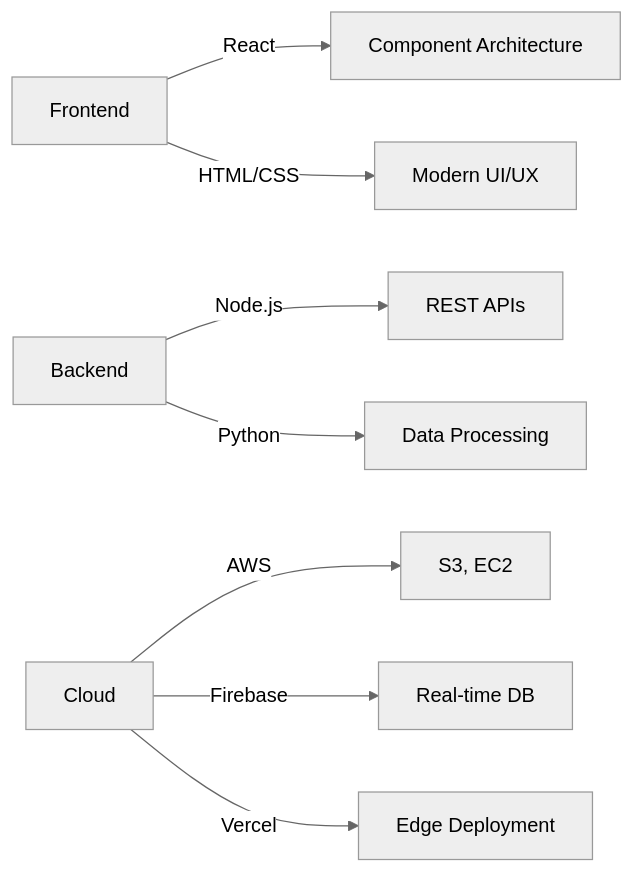
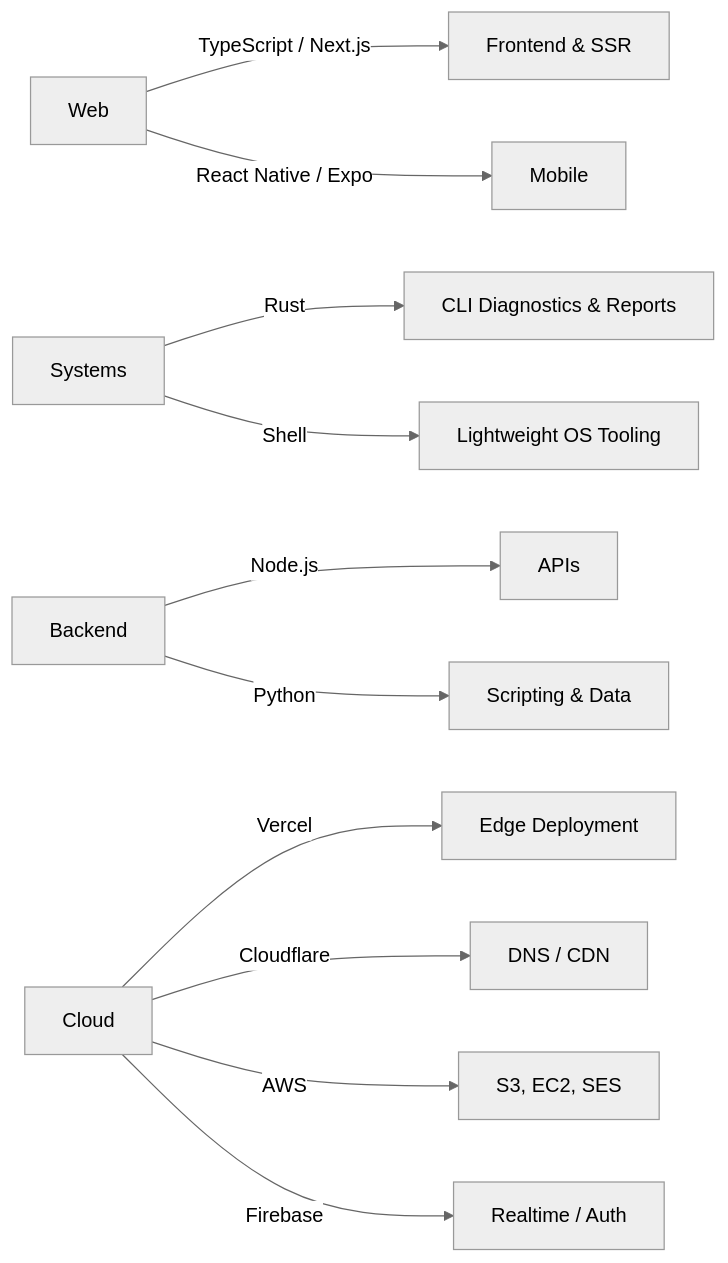
The diagram in README.md (RealEmmettS/RealEmmettS), drawn with Mermaid (neutral theme) before and after one commit. The commit also changed other lines of this file, not shown here.

````diff
--- a/README.md
+++ b/README.md
@@ -65,10 +68,13 @@
 ```mermaid
 graph LR
-    A[Frontend] -->|React| B[Component Architecture]
-    A -->|HTML/CSS| C[Modern UI/UX]
-    D[Backend] -->|Node.js| E[REST APIs]
-    D -->|Python| F[Data Processing]
-    G[Cloud] -->|AWS| H[S3, EC2]
-    G -->|Firebase| I[Real-time DB]
-    G -->|Vercel| J[Edge Deployment]
+    A[Web] -->|TypeScript / Next.js| B[Frontend & SSR]
+    A -->|React Native / Expo| C[Mobile]
+    D[Systems] -->|Rust| E[CLI Diagnostics & Reports]
+    D -->|Shell| F[Lightweight OS Tooling]
+    G[Backend] -->|Node.js| H[APIs]
+    G -->|Python| I[Scripting & Data]
+    J[Cloud] -->|Vercel| K[Edge Deployment]
+    J -->|Cloudflare| L[DNS / CDN]
+    J -->|AWS| M[S3, EC2, SES]
+    J -->|Firebase| N[Realtime / Auth]
 ```
````
